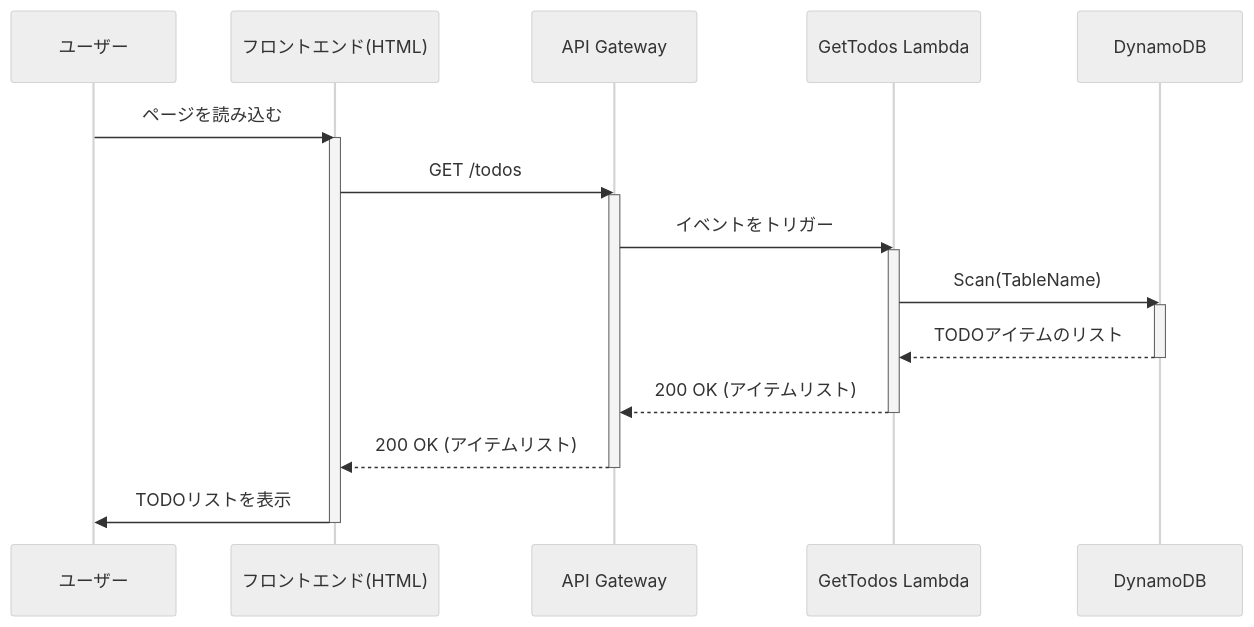
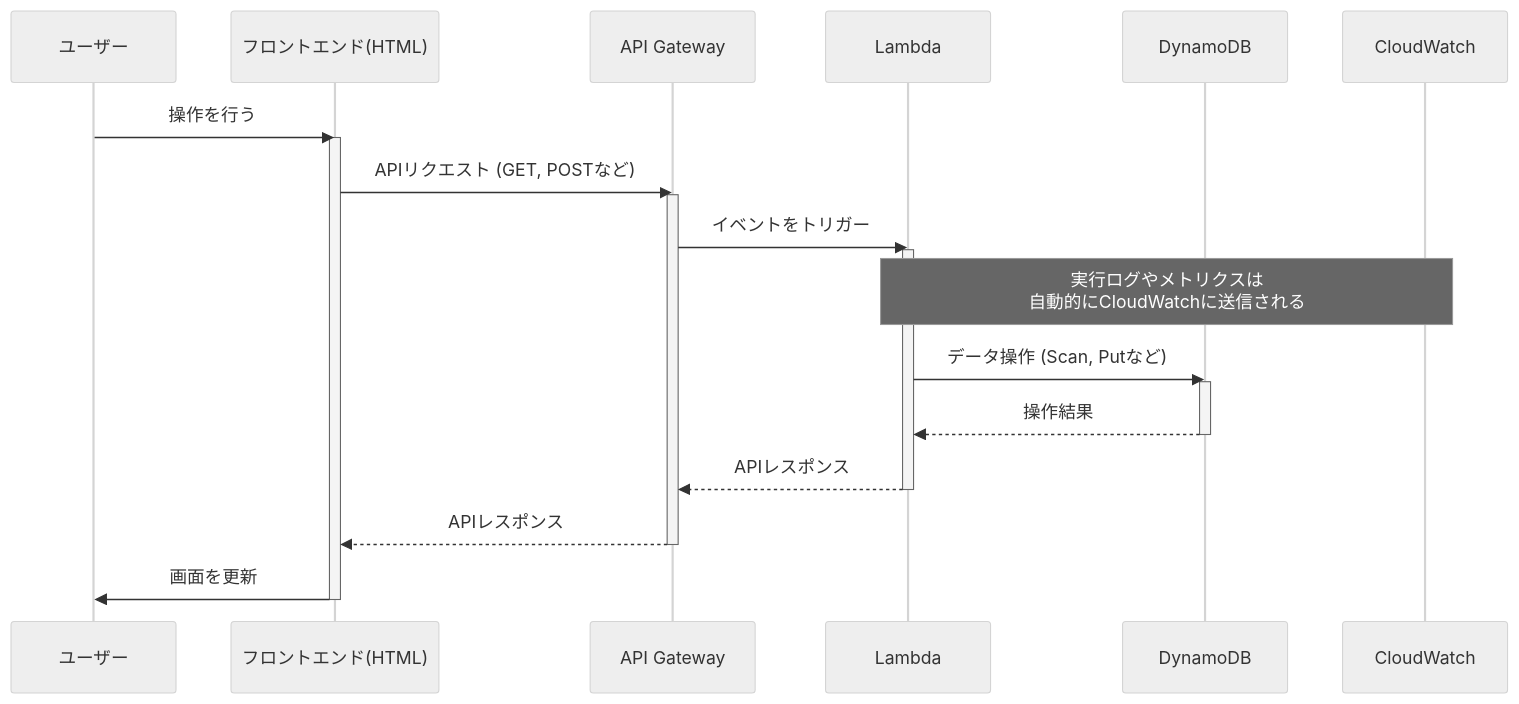
One commit to andsaki/cdk-study changed the diagram in README.md. Above: the diagram before and after it, drawn with Mermaid (neutral theme).

Commit message:
docs: Update sequence diagram to include CloudWatch

````diff
--- a/README.md
+++ b/README.md
@@ -17,25 +17,29 @@
 ```mermaid
 sequenceDiagram
     participant User as ユーザー
     participant Frontend as フロントエンド(HTML)
     participant API Gateway
-    participant GetTodos Lambda
+    participant Lambda
     participant DynamoDB
+    participant CloudWatch
 
-    User->>Frontend: ページを読み込む
+    User->>Frontend: 操作を行う
     activate Frontend
-    Frontend->>API Gateway: GET /todos
+    Frontend->>API Gateway: APIリクエスト (GET, POSTなど)
     activate API Gateway
-    API Gateway->>GetTodos Lambda: イベントをトリガー
-    activate GetTodos Lambda
-    GetTodos Lambda->>DynamoDB: Scan(TableName)
+    API Gateway->>Lambda: イベントをトリガー
+    activate Lambda
+
+    note over Lambda, CloudWatch: 実行ログやメトリクスは<br/>自動的にCloudWatchに送信される
+
+    Lambda->>DynamoDB: データ操作 (Scan, Putなど)
     activate DynamoDB
-    DynamoDB-->>GetTodos Lambda: TODOアイテムのリスト
+    DynamoDB-->>Lambda: 操作結果
     deactivate DynamoDB
-    GetTodos Lambda-->>API Gateway: 200 OK (アイテムリスト)
-    deactivate GetTodos Lambda
-    API Gateway-->>Frontend: 200 OK (アイテムリスト)
+    Lambda-->>API Gateway: APIレスポンス
+    deactivate Lambda
+    API Gateway-->>Frontend: APIレスポンス
     deactivate API Gateway
-    Frontend->>User: TODOリストを表示
+    Frontend->>User: 画面を更新
     deactivate Frontend
 ```
````
